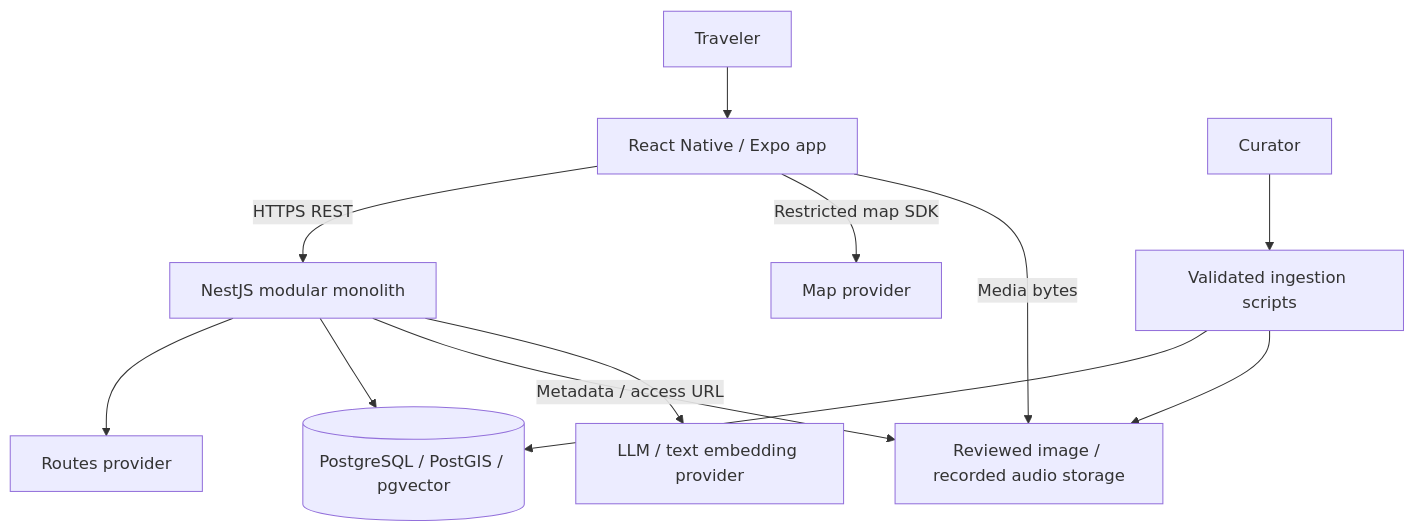
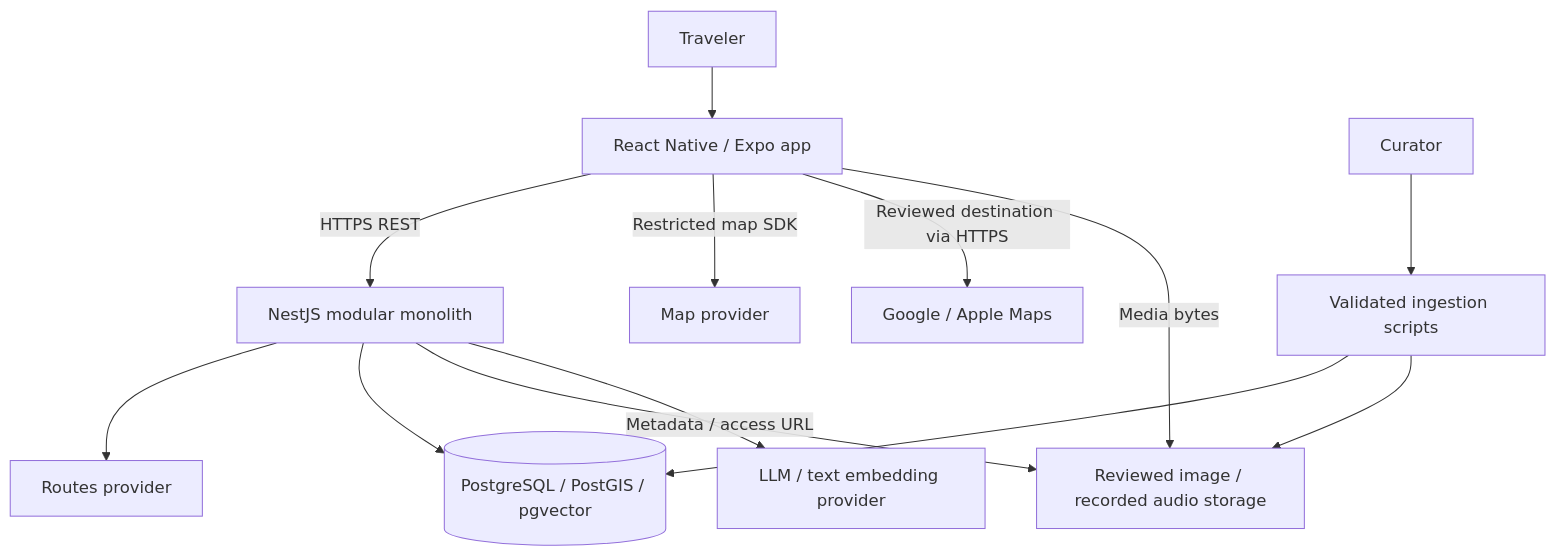
Before and after one commit to lnt-h/fyp_dana: the diagram in docs/02-SAD.md, drawn with Mermaid. The commit also changed other lines of this file and 42 other files, not shown here.

````diff
--- a/docs/02-SAD.md
+++ b/docs/02-SAD.md
@@ -11,14 +11,15 @@
 ```mermaid
 flowchart TB
   User[Traveler] --> App[React Native / Expo app]
   Curator[Curator] --> Import[Validated ingestion scripts]
   App -->|HTTPS REST| API[NestJS modular monolith]
   App -->|Restricted map SDK| Maps[Map provider]
+  App -->|Reviewed destination via HTTPS| ExternalMaps[Google / Apple Maps]
   API --> Routes[Routes provider]
   API --> DB[(PostgreSQL / PostGIS / pgvector)]
   Import --> DB
   Import --> Storage[Reviewed image / recorded audio storage]
   API -->|Metadata / access URL| Storage
   App -->|Media bytes| Storage
   API --> Models[LLM / text embedding provider]
 ```
````
